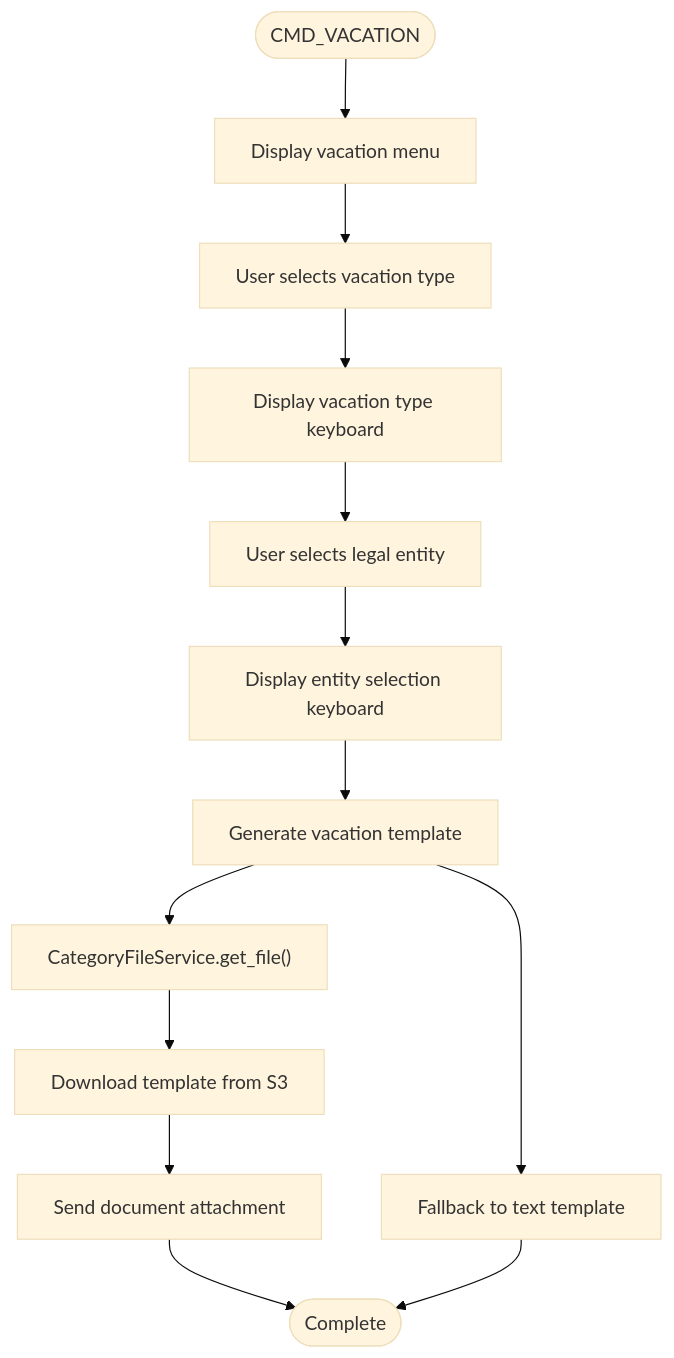
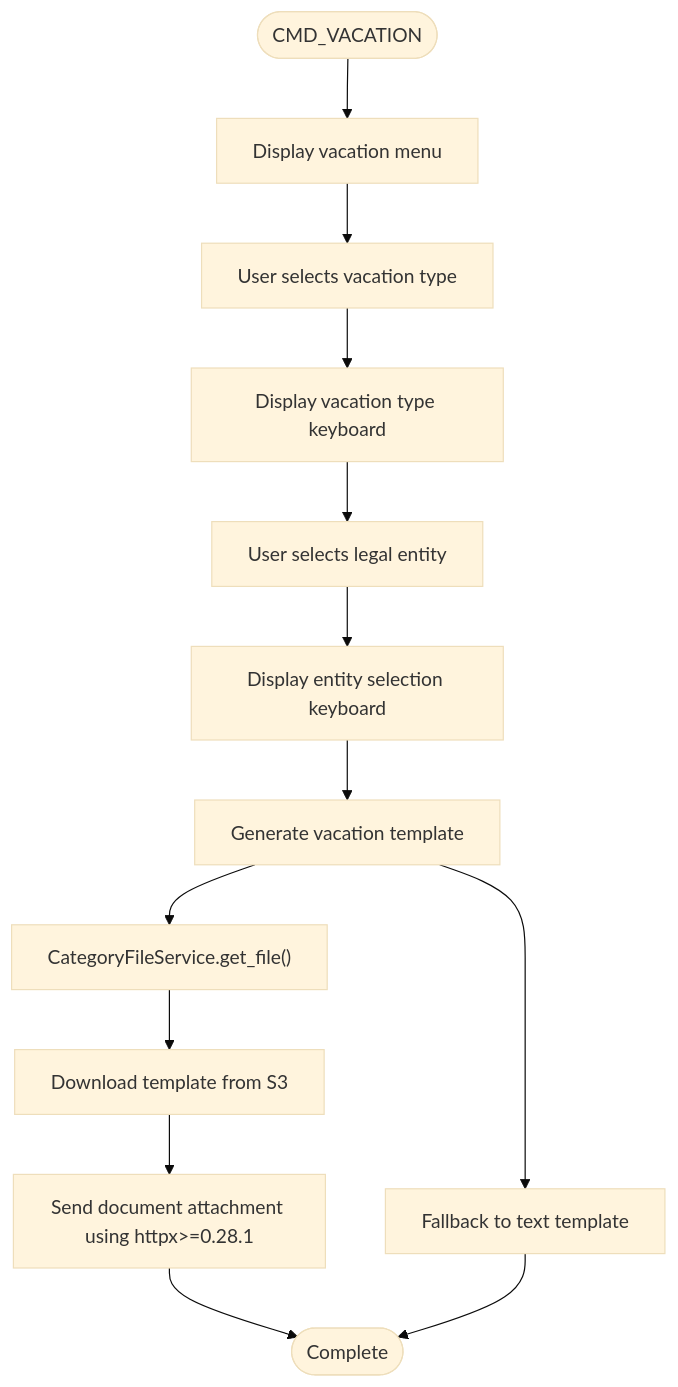
Diagram 34 of 35 in .qoder/repowiki/en/content/VK Integration/VK Integration.md (ognelis/cafetera_hr_bot), drawn with Mermaid (base theme) before and after one commit. The commit also changed other lines of this file and 25 other files, not shown here.

````diff
--- a/.qoder/repowiki/en/content/VK Integration/VK Integration.md
+++ b/.qoder/repowiki/en/content/VK Integration/VK Integration.md
@@ -1786,15 +1821,15 @@
 ```mermaid
 flowchart TD
 Start(["CMD_VACATION"]) --> Menu["Display vacation menu"]
 Menu --> SelectType["User selects vacation type"]
 SelectType --> TypeKB["Display vacation type keyboard"]
 TypeKB --> EntitySelect["User selects legal entity"]
 EntitySelect --> EntityKB["Display entity selection keyboard"]
 EntityKB --> Template["Generate vacation template"]
 Template --> CFService["CategoryFileService.get_file()"]
 CFService --> S3Download["Download template from S3"]
-S3Download --> SendAttachment["Send document attachment"]
+S3Download --> SendAttachment["Send document attachment using httpx>=0.28.1"]
 SendAttachment --> End(["Complete"])
 Template --> SendText["Fallback to text template"]
 SendText --> End
 ```
````
